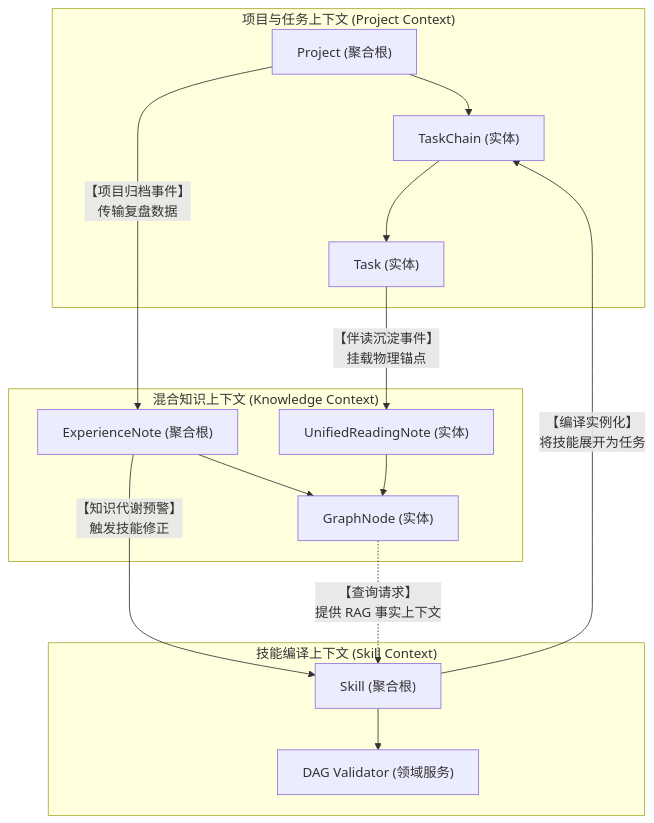
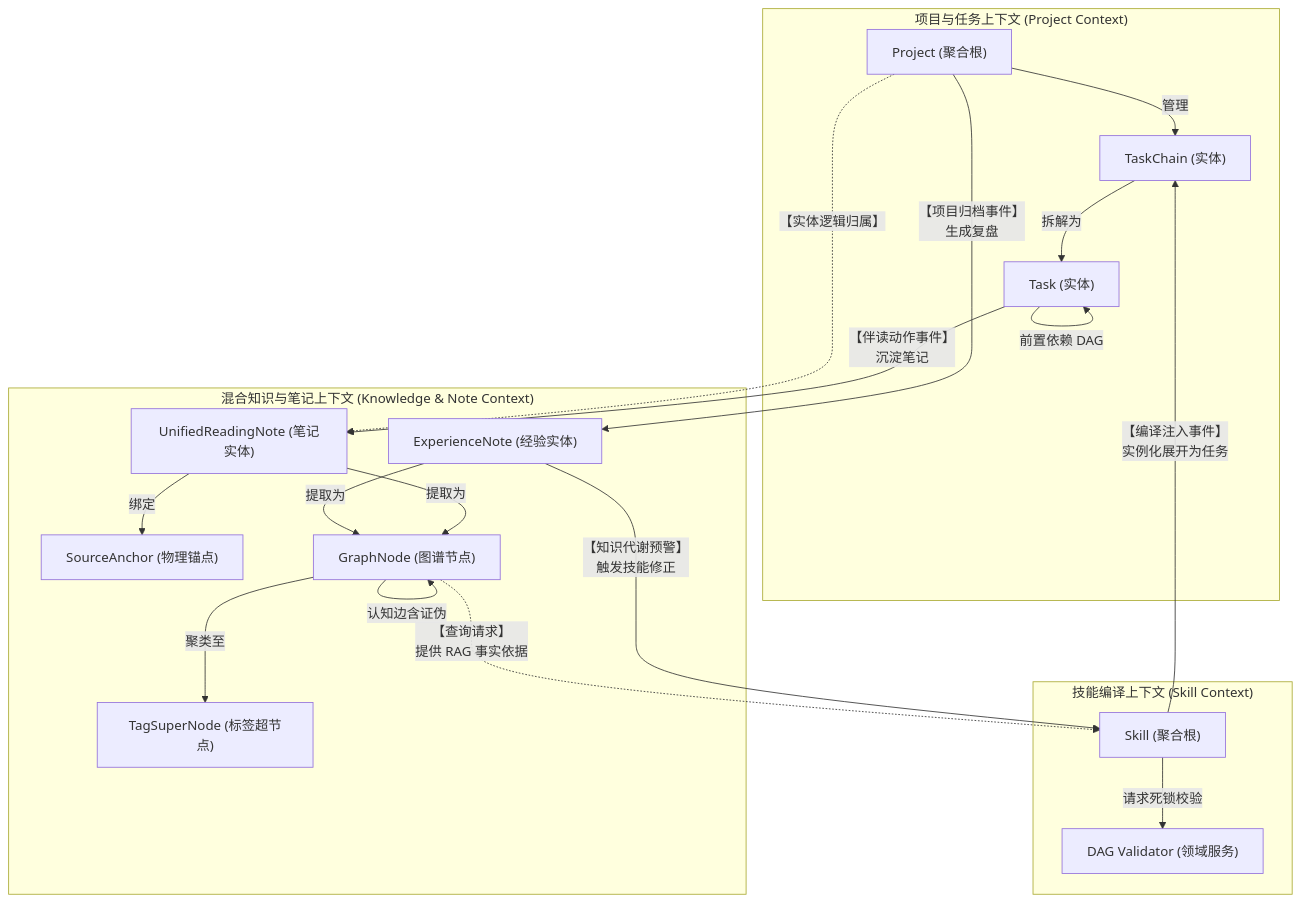
One commit to shanglihong/i-have-a-plan changed the second of 3 diagrams in docs/06_system_architecture/backend_design_spec_v1.0.md. Above: the diagram before and after it, drawn with Mermaid. The commit also changed other lines of this file, not shown here.

Commit message:
docs: update backend design specification to reflect latest architectural changes

````diff
--- a/docs/06_system_architecture/backend_design_spec_v1.0.md
+++ b/docs/06_system_architecture/backend_design_spec_v1.0.md
@@ -112,42 +112,49 @@
 ```mermaid
 graph TD
     %% 限界上下文 (Bounded Contexts)
     
     subgraph ProjectDomain ["项目与任务上下文 (Project Context)"]
         P_Proj["Project (聚合根)"]
         P_TC["TaskChain (实体)"]
         P_Task["Task (实体)"]
         
-        P_Proj --> P_TC
-        P_TC --> P_Task
+        P_Proj -->|管理| P_TC
+        P_TC -->|拆解为| P_Task
+        P_Task -->|前置依赖 DAG| P_Task
     end
 
-    subgraph KnowledgeDomain ["混合知识上下文 (Knowledge Context)"]
-        K_URN["UnifiedReadingNote (实体)"]
-        K_EN["ExperienceNote (聚合根)"]
-        K_Graph["GraphNode (实体)"]
+    subgraph KnowledgeDomain ["混合知识与笔记上下文 (Knowledge & Note Context)"]
+        K_URN["UnifiedReadingNote (笔记实体)"]
+        K_EN["ExperienceNote (经验实体)"]
+        K_SA["SourceAnchor (物理锚点)"]
+        K_Graph["GraphNode (图谱节点)"]
+        K_Tag["TagSuperNode (标签超节点)"]
         
-        K_EN --> K_Graph
-        K_URN --> K_Graph
+        K_URN -->|提取为| K_Graph
+        K_EN -->|提取为| K_Graph
+        K_URN -->|绑定| K_SA
+        K_Graph -->|认知边含证伪| K_Graph
+        K_Graph -->|聚类至| K_Tag
     end
 
     subgraph SkillDomain ["技能编译上下文 (Skill Context)"]
         S_Skill["Skill (聚合根)"]
         S_DAG["DAG Validator (领域服务)"]
         
-        S_Skill --> S_DAG
+        S_Skill -->|请求死锁校验| S_DAG
     end
 
-    %% 上下文映射 (Context Mapping) 与边界交互
+    %% 上下文映射 (Context Mapping) 与跨界边界交互
     
-    %% 项目域 -> 知识域
-    P_Proj -->|"【项目归档事件】<br>传输复盘数据"| K_EN
-    P_Task -->|"【伴读沉淀事件】<br>挂载物理锚点"| K_URN
+    %% 项目域 -> 知识域 (归属与沉淀)
+    P_Proj -->|"【项目归档事件】<br>生成复盘"| K_EN
+    P_Task -->|"【伴读动作事件】<br>沉淀笔记"| K_URN
+    P_Proj -.->|"【实体逻辑归属】"| K_URN
     
-    %% 知识域 -> 技能域
+    %% 知识域 -> 技能域 (触发与上下文)
     K_EN -->|"【知识代谢预警】<br>触发技能修正"| S_Skill
-    K_Graph -.->|"【查询请求】<br>提供 RAG 事实上下文"| S_Skill
+    K_Graph -.->|"【查询请求】<br>提供 RAG 事实依据"| S_Skill
     
-    %% 技能域 -> 项目域
-    S_Skill -->|"【编译实例化】<br>将技能展开为任务"| P_TC
+    %% 技能域 -> 项目域 (驱动执行)
+    S_Skill -->|"【编译注入事件】<br>实例化展开为任务"| P_TC
 ```
````
